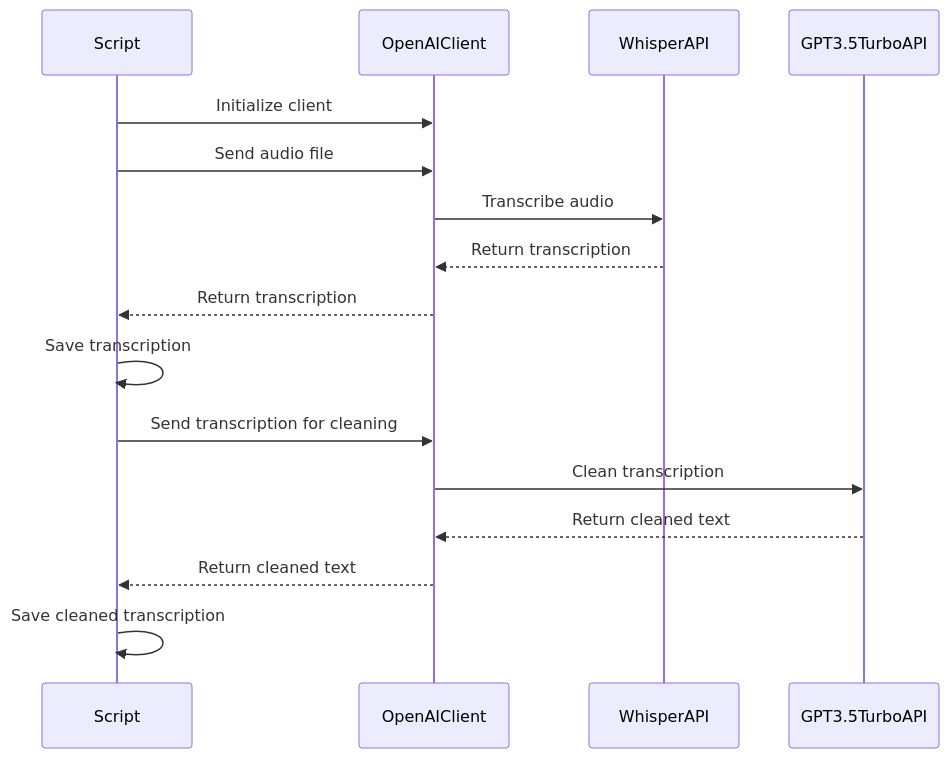
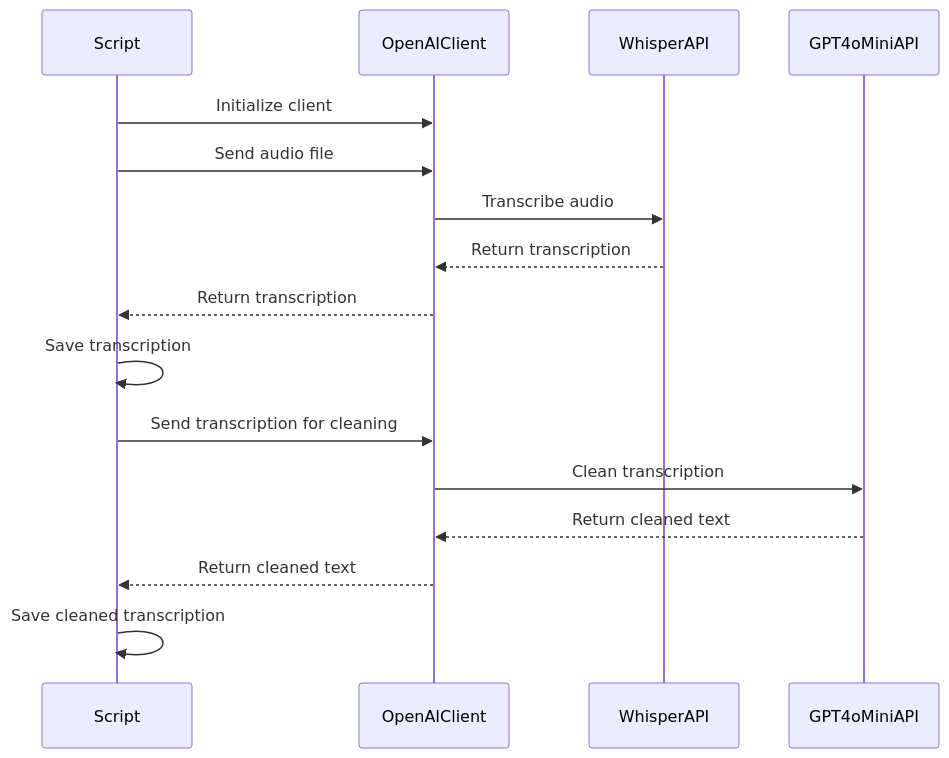
Before and after one commit to CaptainCodeAU/AudioScribe: the fourth of 4 diagrams in README.md, drawn with Mermaid. The commit also changed other lines of this file and 2 other files, not shown here.

Commit message:
gpt-4o-mini is more capable and cheaper than gpt-3.5-turbo

````diff
--- a/README.md
+++ b/README.md
@@ -153,19 +153,19 @@
 ```mermaid
 sequenceDiagram
     participant Script
     participant OpenAIClient
     participant WhisperAPI
-    participant GPT3.5TurboAPI
+    participant GPT4oMiniAPI
 
     Script->>OpenAIClient: Initialize client
     Script->>OpenAIClient: Send audio file
     OpenAIClient->>WhisperAPI: Transcribe audio
     WhisperAPI-->>OpenAIClient: Return transcription
     OpenAIClient-->>Script: Return transcription
     Script->>Script: Save transcription
     Script->>OpenAIClient: Send transcription for cleaning
-    OpenAIClient->>GPT3.5TurboAPI: Clean transcription
-    GPT3.5TurboAPI-->>OpenAIClient: Return cleaned text
+    OpenAIClient->>GPT4oMiniAPI: Clean transcription
+    GPT4oMiniAPI-->>OpenAIClient: Return cleaned text
     OpenAIClient-->>Script: Return cleaned text
     Script->>Script: Save cleaned transcription
 ```
````
